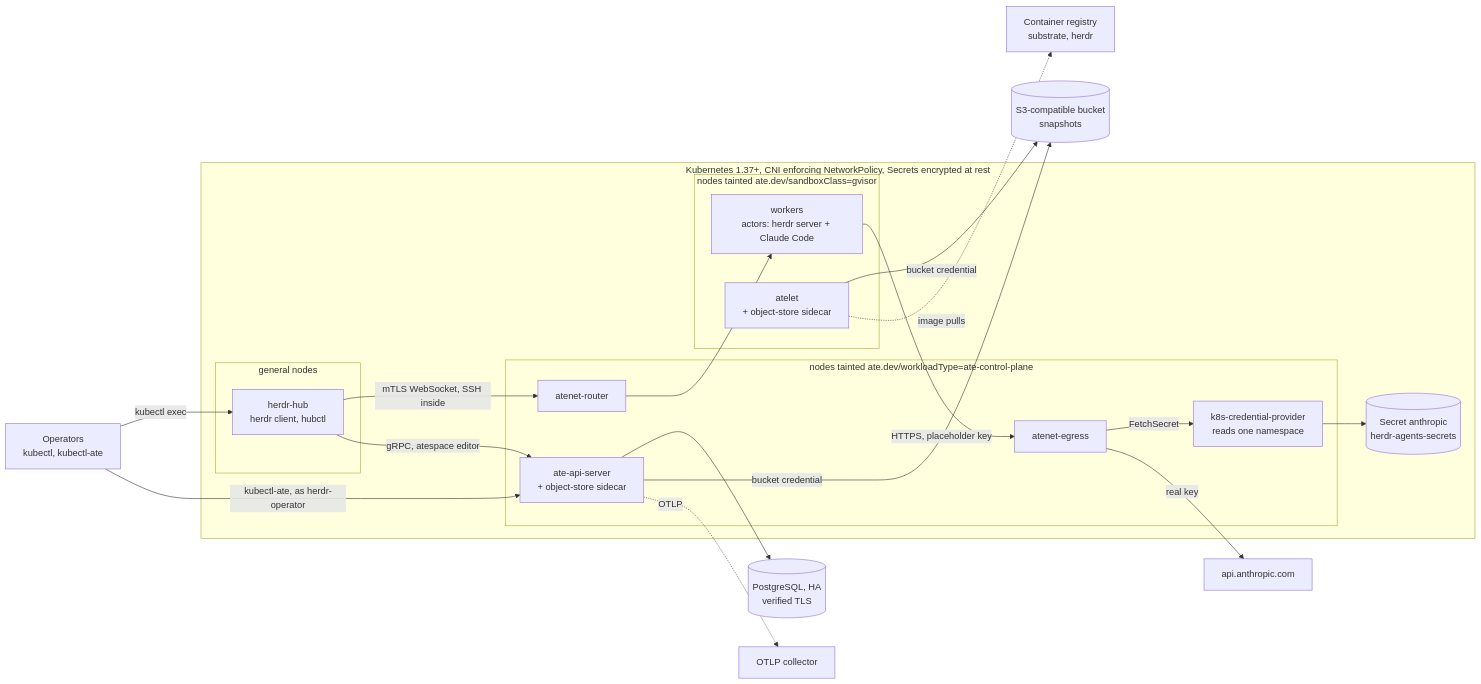
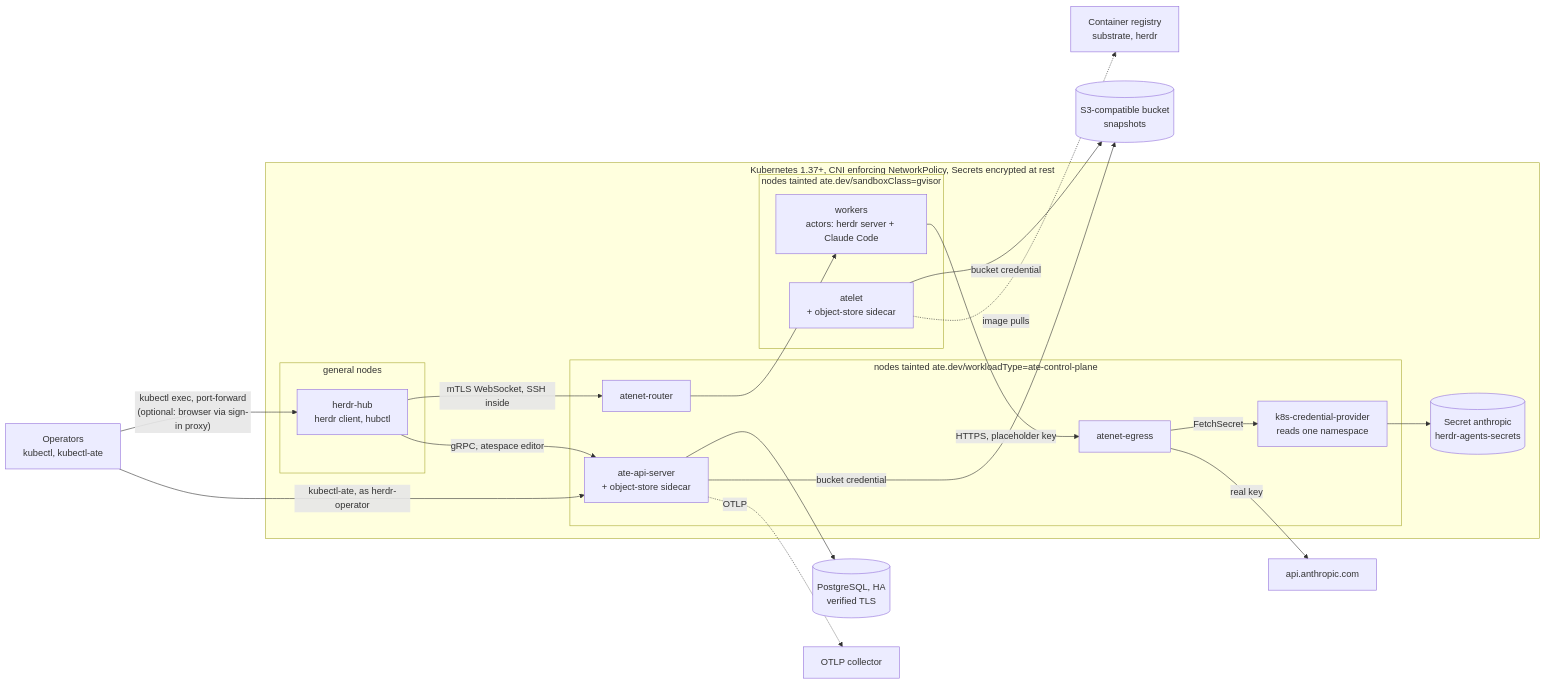
Before and after one commit to danaschwanden/herdr-agent-substrate: the first of 2 diagrams in docs/production-kubernetes.md, drawn with Mermaid. The commit also changed other lines of this file and 10 other files, not shown here.

````diff
--- a/docs/production-kubernetes.md
+++ b/docs/production-kubernetes.md
@@ -61,39 +62,39 @@
 ```mermaid
 flowchart LR
   OP["Operators<br/>kubectl, kubectl-ate"]
   REG["Container registry<br/>substrate, herdr"]
   S3[("S3-compatible bucket<br/>snapshots")]
   PG[("PostgreSQL, HA<br/>verified TLS")]
   OTEL["OTLP collector"]
   ANT["api.anthropic.com"]
 
   subgraph k8s["Kubernetes 1.37+, CNI enforcing NetworkPolicy, Secrets encrypted at rest"]
     subgraph gen["general nodes"]
       HUB["herdr-hub<br/>herdr client, hubctl"]
     end
     subgraph cpn["nodes tainted ate.dev/workloadType=ate-control-plane"]
       API["ate-api-server<br/>+ object-store sidecar"]
       RT["atenet-router"]
       EG["atenet-egress"]
       KCP["k8s-credential-provider<br/>reads one namespace"]
     end
     subgraph agn["nodes tainted ate.dev/sandboxClass=gvisor"]
       W["workers<br/>actors: herdr server + Claude Code"]
       AL["atelet<br/>+ object-store sidecar"]
     end
     SEC[("Secret anthropic<br/>herdr-agents-secrets")]
   end
 
-  OP -- "kubectl exec" --> HUB
+  OP -- "kubectl exec, port-forward<br/>(optional: browser via sign-in proxy)" --> HUB
   OP -- "kubectl-ate, as herdr-operator" --> API
   HUB -- "mTLS WebSocket, SSH inside" --> RT --> W
   HUB -- "gRPC, atespace editor" --> API
   API --> PG
   API -- "bucket credential" --> S3
   AL -- "bucket credential" --> S3
   W -- "HTTPS, placeholder key" --> EG
   EG -- "FetchSecret" --> KCP --> SEC
   EG -- "real key" --> ANT
   AL -. "image pulls" .-> REG
   API -. "OTLP" .-> OTEL
 ```
````
